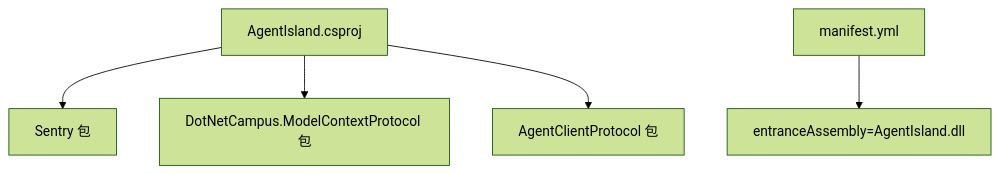
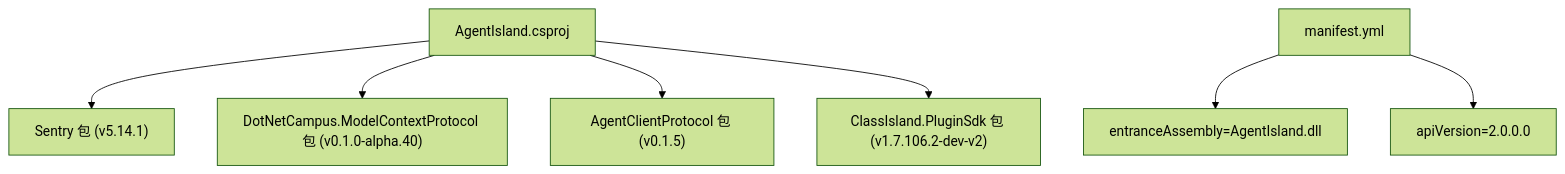
The eighth of 8 diagrams in .qoder/repowiki/zh/content/开发指南/插件扩展开发/第三方集成.md (ShihaoShenDev/AgentIsland), drawn with Mermaid (forest theme) before and after one commit. The commit also changed other lines of this file and 31 other files, not shown here.

````diff
--- a/.qoder/repowiki/zh/content/开发指南/插件扩展开发/第三方集成.md
+++ b/.qoder/repowiki/zh/content/开发指南/插件扩展开发/第三方集成.md
@@ -326,7 +342,9 @@
 ```mermaid
 graph TB
-P["AgentIsland.csproj"] --> S["Sentry 包"]
-P --> MCP["DotNetCampus.ModelContextProtocol 包"]
-P --> ACP["AgentClientProtocol 包"]
+P["AgentIsland.csproj"] --> S["Sentry 包 (v5.14.1)"]
+P --> MCP["DotNetCampus.ModelContextProtocol 包 (v0.1.0-alpha.40)"]
+P --> ACP["AgentClientProtocol 包 (v0.1.5)"]
+P --> CISDK["ClassIsland.PluginSdk 包 (v1.7.106.2-dev-v2)"]
 M["manifest.yml"] --> E["entranceAssembly=AgentIsland.dll"]
+M --> API["apiVersion=2.0.0.0"]
 ```
````
